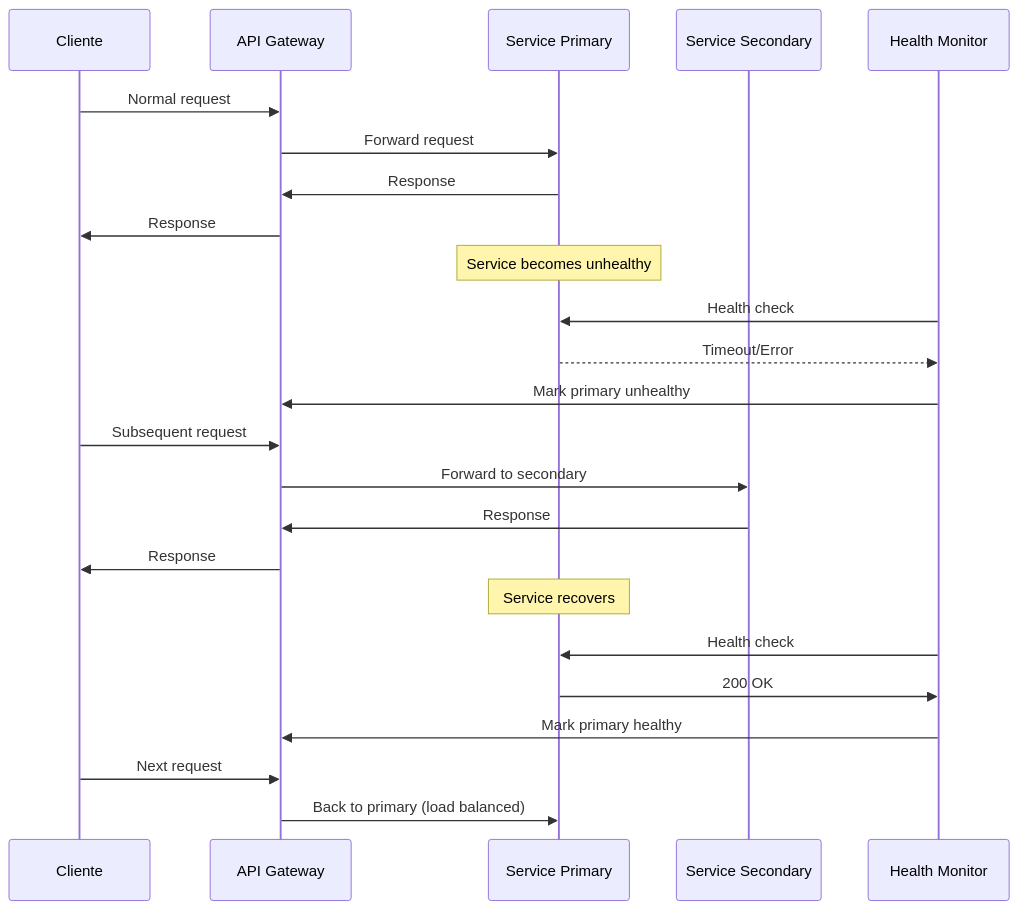
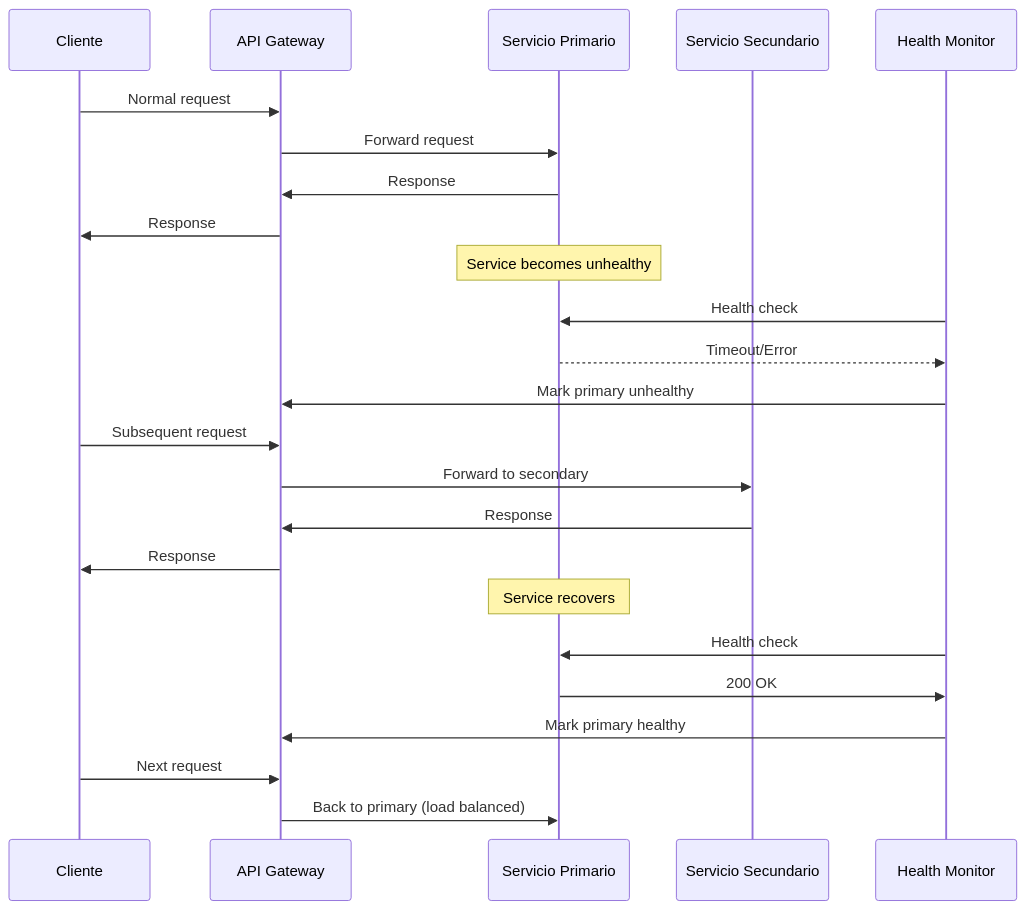
One commit to jclemente-tlm/tlm-arq-servicios-corporativos changed the fourth of 11 diagrams in docs/api-gateway/06-vista-tiempo-ejecucion.md. Above: the diagram before and after it, drawn with Mermaid. The commit also changed other lines of this file and 21 other files, not shown here.

````diff
--- a/docs/api-gateway/06-vista-tiempo-ejecucion.md
+++ b/docs/api-gateway/06-vista-tiempo-ejecucion.md
@@ -119,31 +123,33 @@
 ```mermaid
 sequenceDiagram
     participant Client as Cliente
     participant Gateway as API Gateway
-    participant Primary as Service Primary
-    participant Secondary as Service Secondary
+    participant Primary as Servicio Primario
+    participant Secondary as Servicio Secundario
     participant Monitor as Health Monitor
 
     Client->>Gateway: Normal request
     Gateway->>Primary: Forward request
     Primary->>Gateway: Response
     Gateway->>Client: Response
 
     Note over Primary: Service becomes unhealthy
     Monitor->>Primary: Health check
     Primary-->>Monitor: Timeout/Error
     Monitor->>Gateway: Mark primary unhealthy
 
     Client->>Gateway: Subsequent request
     Gateway->>Secondary: Forward to secondary
     Secondary->>Gateway: Response
     Gateway->>Client: Response
 
     Note over Primary: Service recovers
     Monitor->>Primary: Health check
     Primary->>Monitor: 200 OK
     Monitor->>Gateway: Mark primary healthy
 
+
     Client->>Gateway: Next request
     Gateway->>Primary: Back to primary (load balanced)
+
 ```
````
